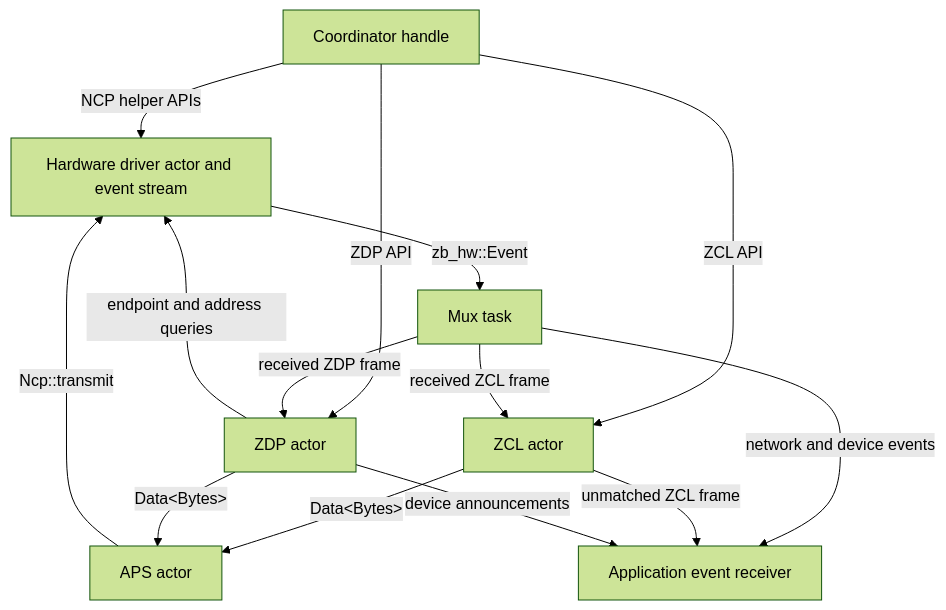
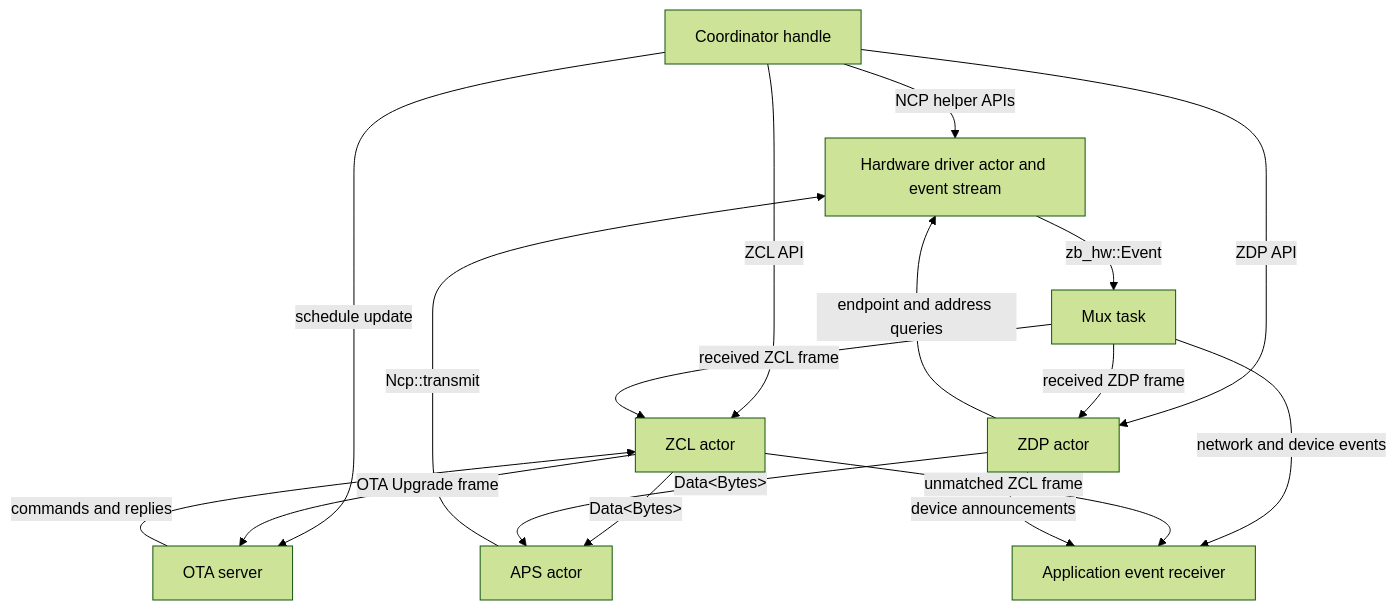
The first of 4 diagrams in coordinator/ARCHITECTURE.md (PaulmannLighting/apis-saltans), drawn with Mermaid (forest theme) before and after one commit. The commit also changed other lines of this file and 21 other files, not shown here.

````diff
--- a/coordinator/ARCHITECTURE.md
+++ b/coordinator/ARCHITECTURE.md
@@ -8,24 +8,28 @@
 ```mermaid
 flowchart TD
     HW[Hardware driver actor and event stream]
     C[Coordinator handle]
     APS[APS actor]
     ZCL[ZCL actor]
     ZDP[ZDP actor]
+    OTA[OTA server]
     M[Mux task]
     APP[Application event receiver]
 
     C -->|ZCL API| ZCL
     C -->|ZDP API| ZDP
+    C -->|schedule update| OTA
     C -->|NCP helper APIs| HW
     ZCL -->|Data&lt;Bytes&gt;| APS
     ZDP -->|Data&lt;Bytes&gt;| APS
     ZDP -->|endpoint and address queries| HW
     APS -->|Ncp::transmit| HW
     HW -->|zb_hw::Event| M
     M -->|received ZCL frame| ZCL
     M -->|received ZDP frame| ZDP
     M -->|network and device events| APP
     ZCL -->|unmatched ZCL frame| APP
+    ZCL -->|OTA Upgrade frame| OTA
+    OTA -->|commands and replies| ZCL
     ZDP -->|device announcements| APP
 ```
````
